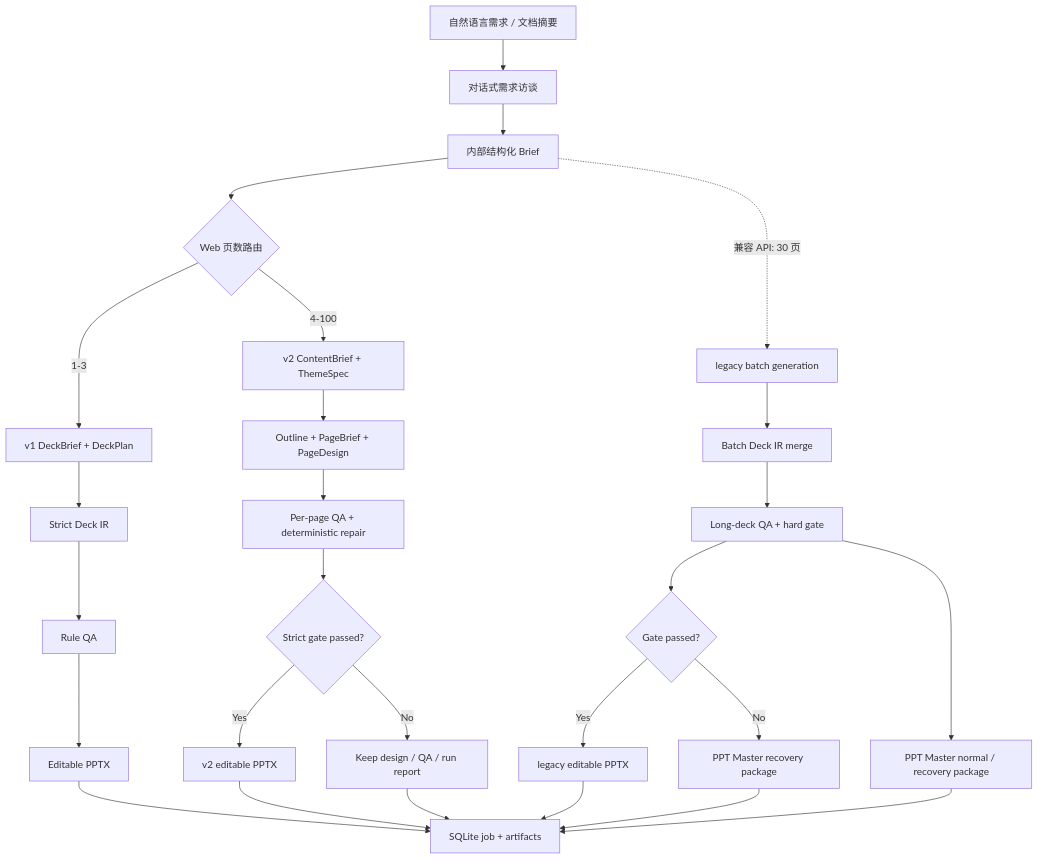
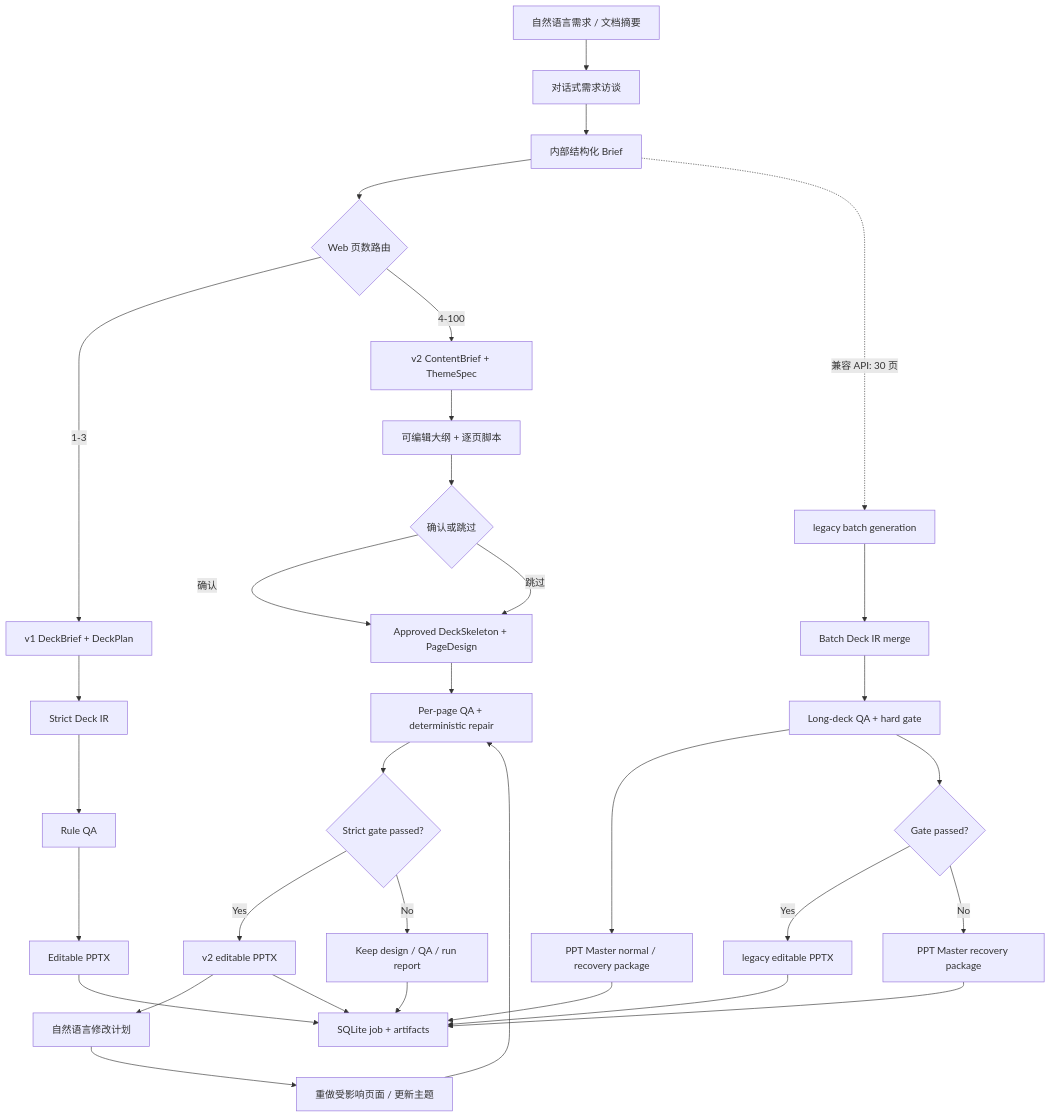
The diagram in README.md (Liyilin66/ppt-agent), drawn with Mermaid before and after one commit. The commit also changed other lines of this file and 26 other files, not shown here.

```diff
--- a/README.md
+++ b/README.md
@@ -98,34 +110,40 @@
 ~~~mermaid
 flowchart TD
     A["自然语言需求 / 文档摘要"] --> B["对话式需求访谈"]
     B --> C["内部结构化 Brief"]
     C --> D{"Web 页数路由"}
     D -->|"1-3"| E["v1 DeckBrief + DeckPlan"]
     D -->|"4-100"| F["v2 ContentBrief + ThemeSpec"]
+    F --> F1["可编辑大纲 + 逐页脚本"]
+    F1 --> F2{"确认或跳过"}
+    F2 -->|"确认"| I["Approved DeckSkeleton + PageDesign"]
+    F2 -->|"跳过"| I
     C -.->|"兼容 API: 30 页"| G["legacy batch generation"]
 
     E --> H["Strict Deck IR"]
-    F --> I["Outline + PageBrief + PageDesign"]
     G --> J["Batch Deck IR merge"]
 
     H --> K["Rule QA"]
     I --> L["Per-page QA + deterministic repair"]
     J --> M["Long-deck QA + hard gate"]
     M --> N["PPT Master normal / recovery package"]
 
     K --> O["Editable PPTX"]
     L --> P{"Strict gate passed?"}
     M --> Q{"Gate passed?"}
 
     P -->|"Yes"| R["v2 editable PPTX"]
     P -->|"No"| S["Keep design / QA / run report"]
     Q -->|"Yes"| T["legacy editable PPTX"]
     Q -->|"No"| U["PPT Master recovery package"]
 
     O --> V["SQLite job + artifacts"]
+    R --> W["自然语言修改计划"]
+    W --> X["重做受影响页面 / 更新主题"]
+    X --> L
     R --> V
     S --> V
     T --> V
     U --> V
     N --> V
 ~~~
```
